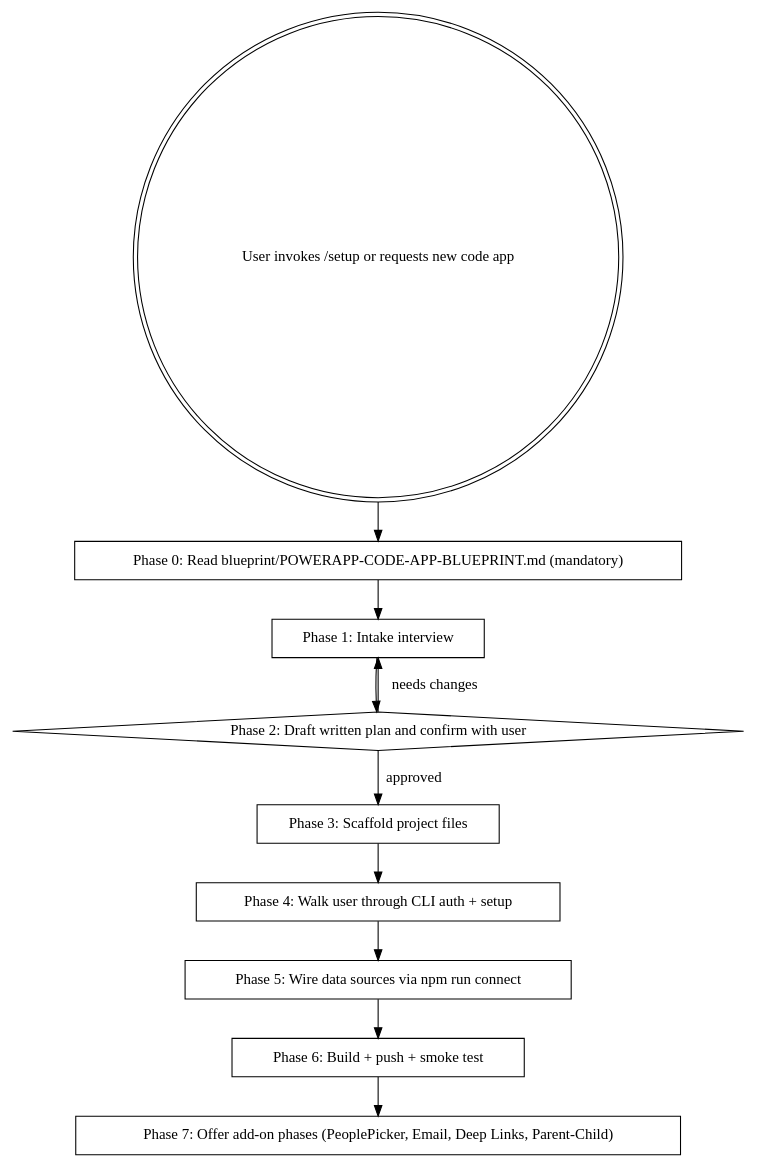
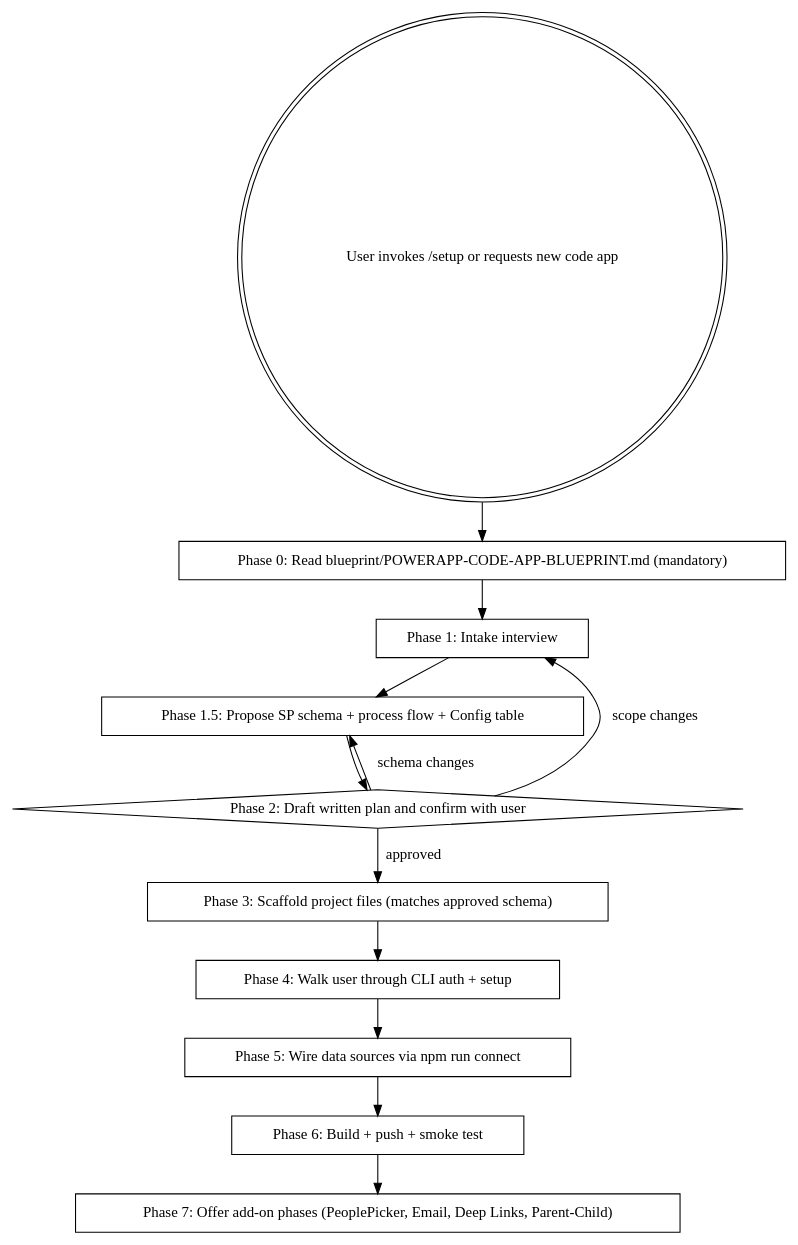
The diagram in powerapps-codeapp-setup/skills/powerapps-codeapp-setup/SKILL.md (Krupesh9/ClaudeSkills), drawn with Graphviz before and after one commit. The commit also changed other lines of this file and 8 other files, not shown here.

First line of the commit message:
Add Config table support and enhance documentation for Lookup fields

````diff
--- a/powerapps-codeapp-setup/skills/powerapps-codeapp-setup/SKILL.md
+++ b/powerapps-codeapp-setup/skills/powerapps-codeapp-setup/SKILL.md
@@ -54,23 +57,26 @@
 ```dot
 digraph setup_flow {
     "User invokes /setup or requests new code app" [shape=doublecircle];
     "Phase 0: Read blueprint/POWERAPP-CODE-APP-BLUEPRINT.md (mandatory)" [shape=box];
     "Phase 1: Intake interview" [shape=box];
+    "Phase 1.5: Propose SP schema + process flow + Config table" [shape=box];
     "Phase 2: Draft written plan and confirm with user" [shape=diamond];
-    "Phase 3: Scaffold project files" [shape=box];
+    "Phase 3: Scaffold project files (matches approved schema)" [shape=box];
     "Phase 4: Walk user through CLI auth + setup" [shape=box];
     "Phase 5: Wire data sources via npm run connect" [shape=box];
     "Phase 6: Build + push + smoke test" [shape=box];
     "Phase 7: Offer add-on phases (PeoplePicker, Email, Deep Links, Parent-Child)" [shape=box];
 
     "User invokes /setup or requests new code app" -> "Phase 0: Read blueprint/POWERAPP-CODE-APP-BLUEPRINT.md (mandatory)";
     "Phase 0: Read blueprint/POWERAPP-CODE-APP-BLUEPRINT.md (mandatory)" -> "Phase 1: Intake interview";
-    "Phase 1: Intake interview" -> "Phase 2: Draft written plan and confirm with user";
-    "Phase 2: Draft written plan and confirm with user" -> "Phase 3: Scaffold project files" [label="approved"];
-    "Phase 2: Draft written plan and confirm with user" -> "Phase 1: Intake interview" [label="needs changes"];
-    "Phase 3: Scaffold project files" -> "Phase 4: Walk user through CLI auth + setup";
+    "Phase 1: Intake interview" -> "Phase 1.5: Propose SP schema + process flow + Config table";
+    "Phase 1.5: Propose SP schema + process flow + Config table" -> "Phase 2: Draft written plan and confirm with user";
+    "Phase 2: Draft written plan and confirm with user" -> "Phase 3: Scaffold project files (matches approved schema)" [label="approved"];
+    "Phase 2: Draft written plan and confirm with user" -> "Phase 1.5: Propose SP schema + process flow + Config table" [label="schema changes"];
+    "Phase 2: Draft written plan and confirm with user" -> "Phase 1: Intake interview" [label="scope changes"];
+    "Phase 3: Scaffold project files (matches approved schema)" -> "Phase 4: Walk user through CLI auth + setup";
     "Phase 4: Walk user through CLI auth + setup" -> "Phase 5: Wire data sources via npm run connect";
     "Phase 5: Wire data sources via npm run connect" -> "Phase 6: Build + push + smoke test";
     "Phase 6: Build + push + smoke test" -> "Phase 7: Offer add-on phases (PeoplePicker, Email, Deep Links, Parent-Child)";
 }
 ```
````
